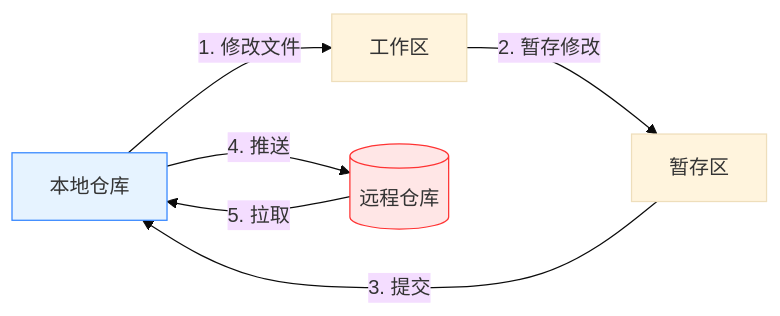
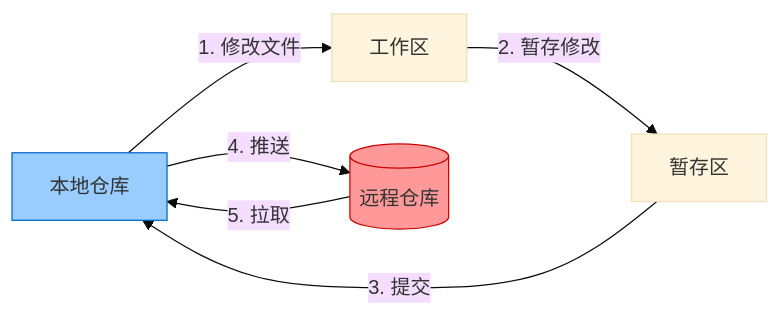
One commit to weiyouc/pull-and-push-demo changed the diagram in README-CN.md. Above: the diagram before and after it, drawn with Mermaid (base theme). The commit also changed 1 other file, not shown here.

Commit message:
Made blue and pink darker

````diff
--- a/README-CN.md
+++ b/README-CN.md
@@ -47,13 +47,13 @@
 ```mermaid
 flowchart LR
     A[本地仓库] -->|1. 修改文件| B[工作区]
     B -->|2. 暂存修改| C[暂存区]
     C -->|3. 提交| A
     A -->|4. 推送| D[(远程仓库)]
     D -->|5. 拉取| A
 
-    style A fill:#e6f3ff,stroke:#3385ff
-    style D fill:#ffe6e6,stroke:#ff3333
+    style A fill:#99ccff,stroke:#0066cc
+    style D fill:#ff9999,stroke:#cc0000
     classDef gitCommand fill:#f0f0f0,stroke:#666,stroke-width:1px;
     class A,D gitCommand
 ```
````
